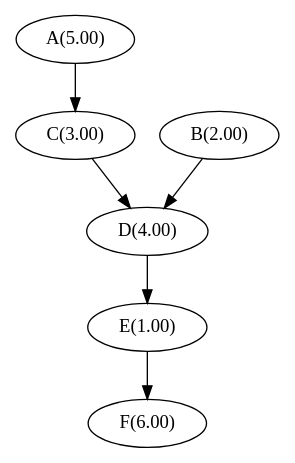
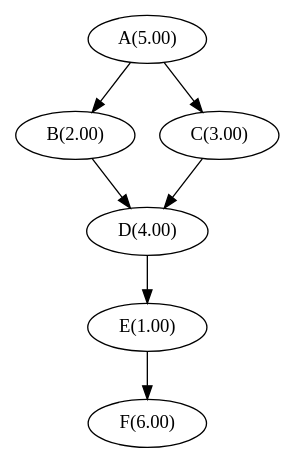
One commit to rlch/tutero-assignment changed the diagram in runner/cases/with_progress_two.dot. Above: the diagram before and after it, drawn with Graphviz. The commit also changed 10 other files, not shown here.

```diff
--- a/runner/cases/with_progress_two.dot
+++ b/runner/cases/with_progress_two.dot
@@ -1,31 +1,33 @@
 
 strict digraph with_progress_two {
 
 	// Node definitions.
 
 	"A(5.00)";
 
 	"B(2.00)";
 
 	"C(3.00)";
 
 	"D(4.00)";
 
 	"E(1.00)";
 
 	"F(6.00)";
 
 
 	// Edge definitions.
 
+	"A(5.00)" -> "B(2.00)";
+
 	"A(5.00)" -> "C(3.00)";
 
 	"B(2.00)" -> "D(4.00)";
 
 	"C(3.00)" -> "D(4.00)";
 
 	"D(4.00)" -> "E(1.00)";
 
 	"E(1.00)" -> "F(6.00)";
 
 }
```
